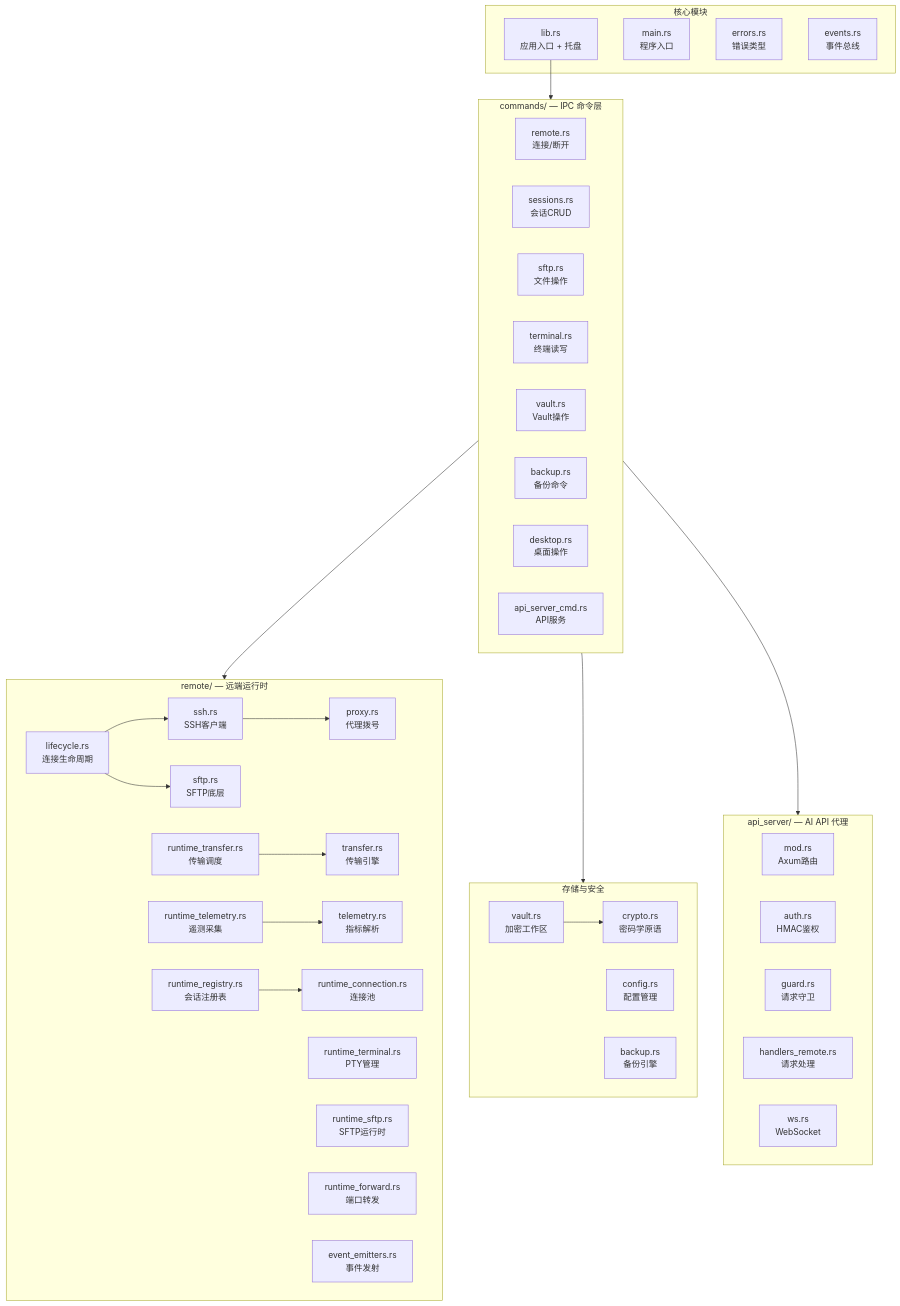
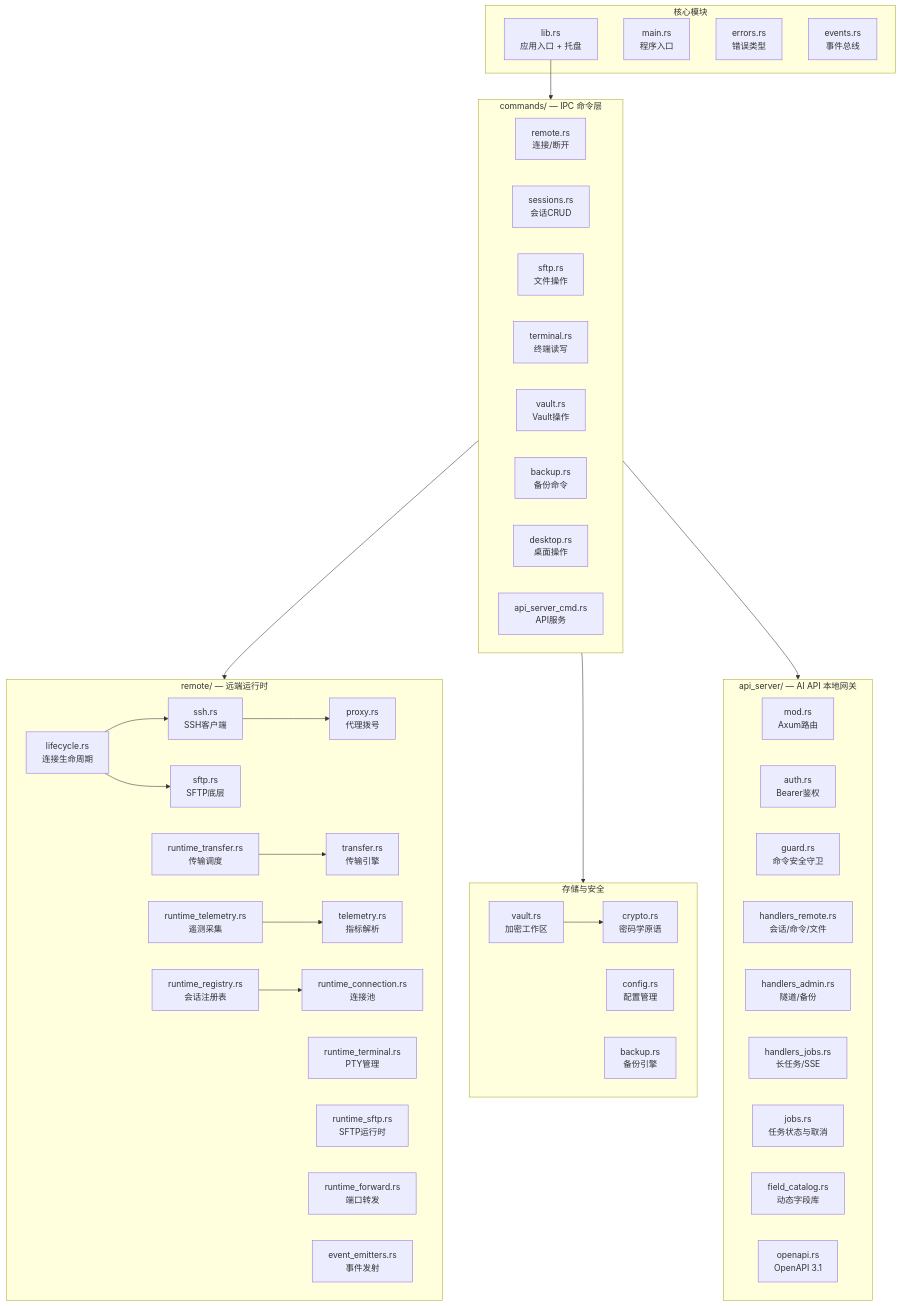
One commit to lookfeeb/Hlem_SSH changed the third of 15 diagrams in README.md. Above: the diagram before and after it, drawn with Mermaid. The commit also changed other lines of this file and 56 other files, not shown here.

````diff
--- a/README.md
+++ b/README.md
@@ -148,64 +149,68 @@
 ```mermaid
 graph TD
     subgraph Core["核心模块"]
         lib[lib.rs<br/>应用入口 + 托盘]
         main[main.rs<br/>程序入口]
         errors[errors.rs<br/>错误类型]
         events[events.rs<br/>事件总线]
     end
 
     subgraph Commands["commands/ — IPC 命令层"]
         cmd_remote[remote.rs<br/>连接/断开]
         cmd_sessions[sessions.rs<br/>会话CRUD]
         cmd_sftp[sftp.rs<br/>文件操作]
         cmd_terminal[terminal.rs<br/>终端读写]
         cmd_vault[vault.rs<br/>Vault操作]
         cmd_backup[backup.rs<br/>备份命令]
         cmd_desktop[desktop.rs<br/>桌面操作]
         cmd_api[api_server_cmd.rs<br/>API服务]
     end
 
     subgraph Remote["remote/ — 远端运行时"]
         lifecycle[lifecycle.rs<br/>连接生命周期]
         registry[runtime_registry.rs<br/>会话注册表]
         connection[runtime_connection.rs<br/>连接池]
         rt_terminal[runtime_terminal.rs<br/>PTY管理]
         rt_sftp[runtime_sftp.rs<br/>SFTP运行时]
         rt_transfer[runtime_transfer.rs<br/>传输调度]
         rt_forward[runtime_forward.rs<br/>端口转发]
         rt_telemetry[runtime_telemetry.rs<br/>遥测采集]
         ssh[ssh.rs<br/>SSH客户端]
         sftp[sftp.rs<br/>SFTP底层]
         transfer[transfer.rs<br/>传输引擎]
         telemetry[telemetry.rs<br/>指标解析]
         proxy[proxy.rs<br/>代理拨号]
         emitters[event_emitters.rs<br/>事件发射]
     end
 
     subgraph Storage["存储与安全"]
         vault[vault.rs<br/>加密工作区]
         crypto[crypto.rs<br/>密码学原语]
         config[config.rs<br/>配置管理]
         backup[backup.rs<br/>备份引擎]
     end
 
-    subgraph API["api_server/ — AI API 代理"]
+    subgraph API["api_server/ — AI API 本地网关"]
         api_mod[mod.rs<br/>Axum路由]
-        auth[auth.rs<br/>HMAC鉴权]
-        guard[guard.rs<br/>请求守卫]
-        handlers[handlers_remote.rs<br/>请求处理]
-        ws[ws.rs<br/>WebSocket]
+        auth[auth.rs<br/>Bearer鉴权]
+        guard[guard.rs<br/>命令安全守卫]
+        handlers_remote[handlers_remote.rs<br/>会话/命令/文件]
+        handlers_admin[handlers_admin.rs<br/>隧道/备份]
+        handlers_jobs[handlers_jobs.rs<br/>长任务/SSE]
+        jobs[jobs.rs<br/>任务状态与取消]
+        catalog[field_catalog.rs<br/>动态字段库]
+        openapi[openapi.rs<br/>OpenAPI 3.1]
     end
 
     lib --> Commands
     Commands --> Remote
     Commands --> Storage
     Commands --> API
     vault --> crypto
     lifecycle --> ssh
     lifecycle --> sftp
     ssh --> proxy
     rt_transfer --> transfer
     rt_telemetry --> telemetry
     registry --> connection
 ```
````
